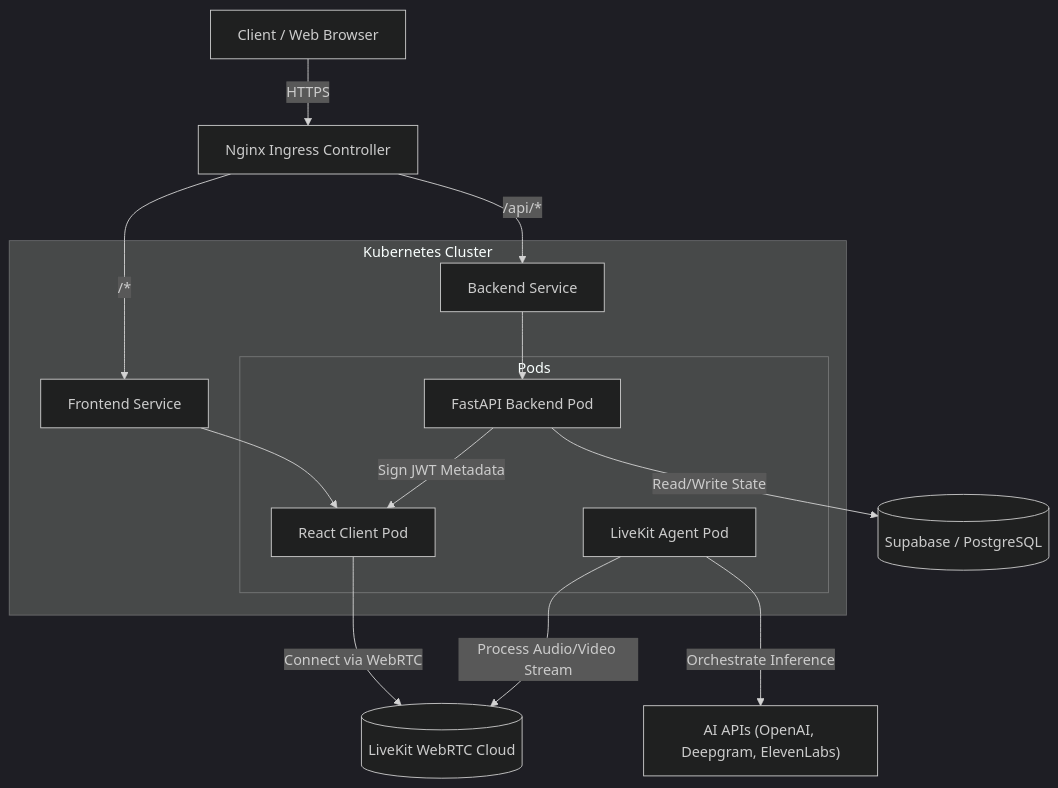
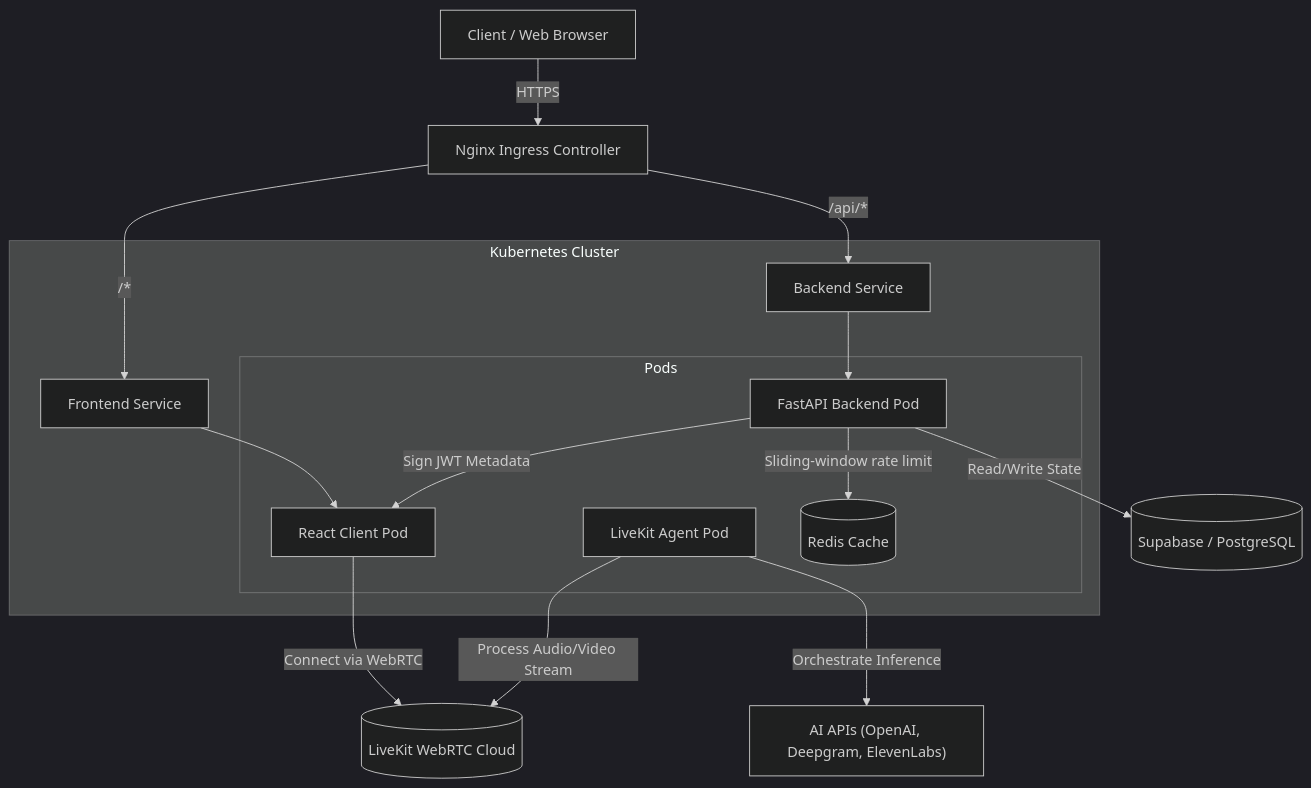
The diagram in ARCHITECTURE.md (Stephen-Agyemang/MoNiCa.Ai), drawn with Mermaid (dark theme) before and after one commit. The commit also changed other lines of this file and 24 other files, not shown here.

````diff
--- a/ARCHITECTURE.md
+++ b/ARCHITECTURE.md
@@ -7,40 +7,42 @@
 ```mermaid
 flowchart TD
     %% External Traffic
     User[Client / Web Browser]
     Ingress[Nginx Ingress Controller]
     
     %% K8s Services
     subgraph K8sCluster [Kubernetes Cluster]
         SvcBackend[Backend Service]
         SvcFrontend[Frontend Service]
         
         subgraph Pods
             BackendPod[FastAPI Backend Pod]
             AgentPod[LiveKit Agent Pod]
             FrontendPod[React Client Pod]
+            RedisPod[(Redis Cache)]
         end
     end
     
     %% External APIs
     LKCloud[("LiveKit WebRTC Cloud")]
     DB[(Supabase / PostgreSQL)]
     AI_APIs["AI APIs (OpenAI, Deepgram, ElevenLabs)"]
     
     %% Routing
     User -- HTTPS --> Ingress
     Ingress -- "/api/*" --> SvcBackend
     Ingress -- "/*" --> SvcFrontend
     
     SvcBackend --> BackendPod
     SvcFrontend --> FrontendPod
     
     %% Backend Logic
     BackendPod -- "Read/Write State" --> DB
     BackendPod -- "Sign JWT Metadata" --> FrontendPod
+    BackendPod -- "Sliding-window rate limit" --> RedisPod
     
     %% Real-Time WebRTC Pipeline
     FrontendPod -- "Connect via WebRTC" --> LKCloud
     AgentPod -- "Process Audio/Video Stream" --> LKCloud
     AgentPod -- "Orchestrate Inference" --> AI_APIs
 ```
````
